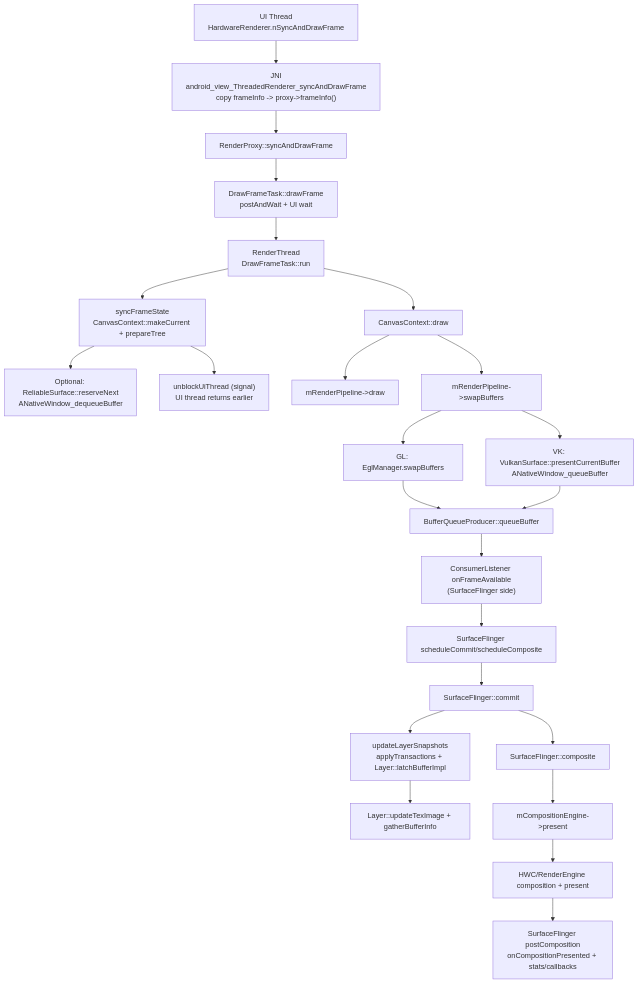
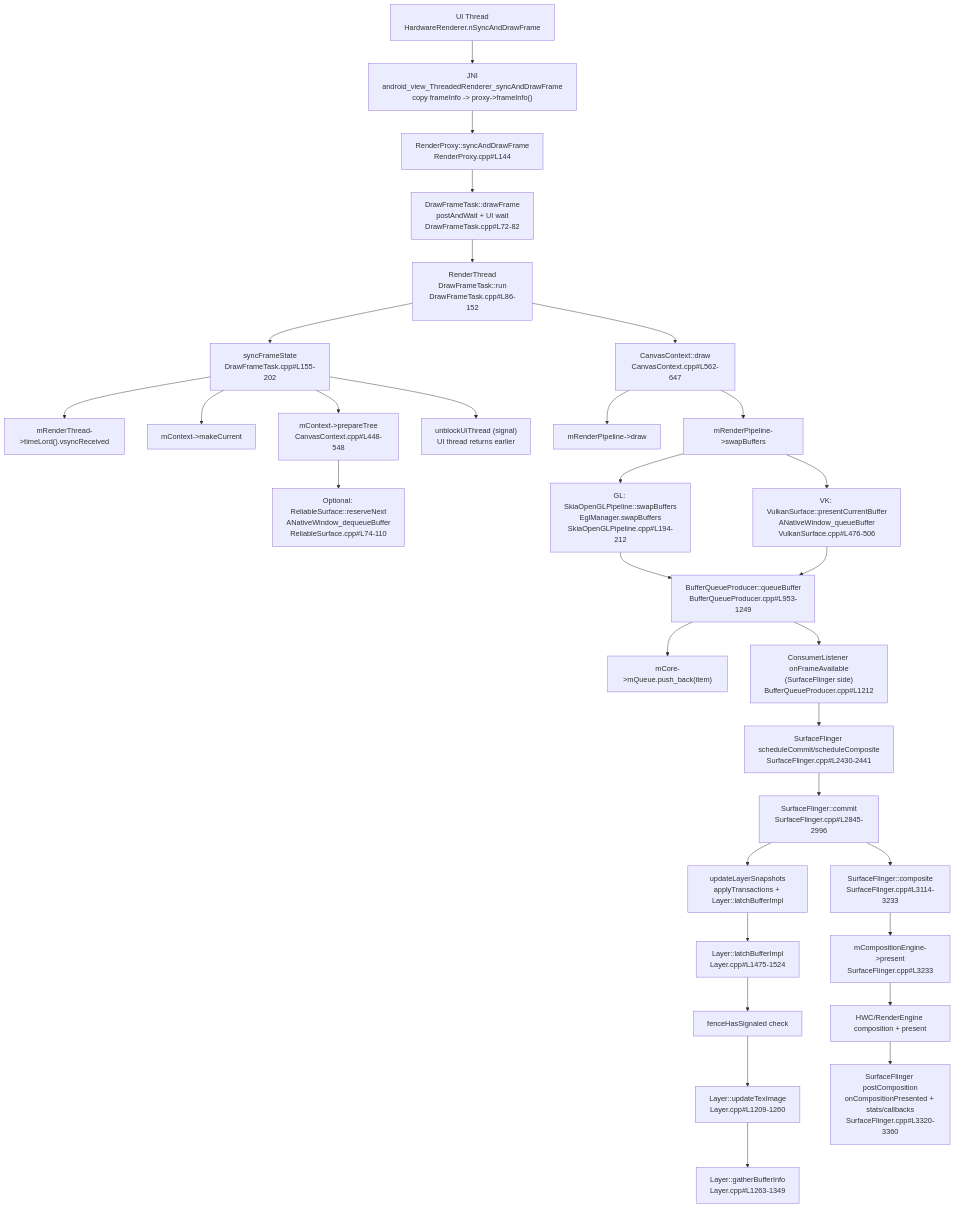
One commit to yuchuangu85/AOSP_Frameworks changed the diagram in docs/hwui_syncAndDrawFrame_to_surfaceflinger.md. Above: the diagram before and after it, drawn with Mermaid. The commit also changed other lines of this file and 11 other files, not shown here.

````diff
--- a/docs/hwui_syncAndDrawFrame_to_surfaceflinger.md
+++ b/docs/hwui_syncAndDrawFrame_to_surfaceflinger.md
@@ -111,30 +613,37 @@
 ```mermaid
 flowchart TD
-  A["UI Thread<br/>HardwareRenderer.nSyncAndDrawFrame"] --> B["JNI<br/>android_view_ThreadedRenderer_syncAndDrawFrame<br/>copy frameInfo -> proxy->frameInfo()"]
-  B --> C[RenderProxy::syncAndDrawFrame]
-  C --> D[DrawFrameTask::drawFrame<br/>postAndWait + UI wait]
-  D --> E[RenderThread<br/>DrawFrameTask::run]
+    A["UI Thread<br/>HardwareRenderer.nSyncAndDrawFrame"] --> B["JNI<br/>android_view_ThreadedRenderer_syncAndDrawFrame<br/>copy frameInfo -> proxy->frameInfo()"]
+    B --> C["RenderProxy::syncAndDrawFrame<br/>RenderProxy.cpp#L144"]
+    C --> D["DrawFrameTask::drawFrame<br/>postAndWait + UI wait<br/>DrawFrameTask.cpp#L72-82"]
+    D --> E["RenderThread<br/>DrawFrameTask::run<br/>DrawFrameTask.cpp#L86-152"]
 
-  E --> F[syncFrameState<br/>CanvasContext::makeCurrent + prepareTree]
-  F --> G[Optional: ReliableSurface::reserveNext<br/>ANativeWindow_dequeueBuffer]
-  F --> H["unblockUiThread (signal)<br/>UI thread returns earlier"]
+    E --> F["syncFrameState<br/>DrawFrameTask.cpp#L155-202"]
+    F --> F1["mRenderThread->timeLord().vsyncReceived"]
+    F --> F2["mContext->makeCurrent"]
+    F --> F3["mContext->prepareTree<br/>CanvasContext.cpp#L448-548"]
+    F3 --> G["Optional: ReliableSurface::reserveNext<br/>ANativeWindow_dequeueBuffer<br/>ReliableSurface.cpp#L74-110"]
+    F --> H["unblockUiThread (signal)<br/>UI thread returns earlier"]
 
-  E --> I[CanvasContext::draw]
-  I --> J[mRenderPipeline->draw]
-  I --> K[mRenderPipeline->swapBuffers]
-  K --> K1[GL: EglManager.swapBuffers]
-  K --> K2[VK: VulkanSurface::presentCurrentBuffer<br/>ANativeWindow_queueBuffer]
+    E --> I["CanvasContext::draw<br/>CanvasContext.cpp#L562-647"]
+    I --> J["mRenderPipeline->draw"]
+    I --> K["mRenderPipeline->swapBuffers"]
+    K --> K1["GL: SkiaOpenGLPipeline::swapBuffers<br/>EglManager.swapBuffers<br/>SkiaOpenGLPipeline.cpp#L194-212"]
+    K --> K2["VK: VulkanSurface::presentCurrentBuffer<br/>ANativeWindow_queueBuffer<br/>VulkanSurface.cpp#L476-506"]
 
-  K1 --> L[BufferQueueProducer::queueBuffer]
-  K2 --> L[BufferQueueProducer::queueBuffer]
-  L --> M["ConsumerListener onFrameAvailable<br/>(SurfaceFlinger side)"]
+    K1 --> L["BufferQueueProducer::queueBuffer<br/>BufferQueueProducer.cpp#L953-1249"]
+    K2 --> L
+    L --> L1["mCore->mQueue.push_back(item)"]
+    L --> M["ConsumerListener onFrameAvailable<br/>(SurfaceFlinger side)<br/>BufferQueueProducer.cpp#L1212"]
 
-  M --> N[SurfaceFlinger scheduleCommit/scheduleComposite]
-  N --> O[SurfaceFlinger::commit]
-  O --> P[updateLayerSnapshots<br/>applyTransactions + Layer::latchBufferImpl]
-  P --> Q[Layer::updateTexImage + gatherBufferInfo]
-  O --> R[SurfaceFlinger::composite]
-  R --> S[mCompositionEngine->present]
-  S --> T[HWC/RenderEngine composition + present]
-  T --> U[SurfaceFlinger postComposition<br/>onCompositionPresented + stats/callbacks]
+    M --> N["SurfaceFlinger scheduleCommit/scheduleComposite<br/>SurfaceFlinger.cpp#L2430-2441"]
+    N --> O["SurfaceFlinger::commit<br/>SurfaceFlinger.cpp#L2845-2996"]
+    O --> P["updateLayerSnapshots<br/>applyTransactions + Layer::latchBufferImpl"]
+    P --> P1["Layer::latchBufferImpl<br/>Layer.cpp#L1475-1524"]
+    P1 --> P2["fenceHasSignaled check"]
+    P2 --> Q["Layer::updateTexImage<br/>Layer.cpp#L1209-1260"]
+    Q --> Q1["Layer::gatherBufferInfo<br/>Layer.cpp#L1263-1349"]
+    O --> R["SurfaceFlinger::composite<br/>SurfaceFlinger.cpp#L3114-3233"]
+    R --> S["mCompositionEngine->present<br/>SurfaceFlinger.cpp#L3233"]
+    S --> T["HWC/RenderEngine composition + present"]
+    T --> U["SurfaceFlinger postComposition<br/>onCompositionPresented + stats/callbacks<br/>SurfaceFlinger.cpp#L3320-3360"]
 ```
````
